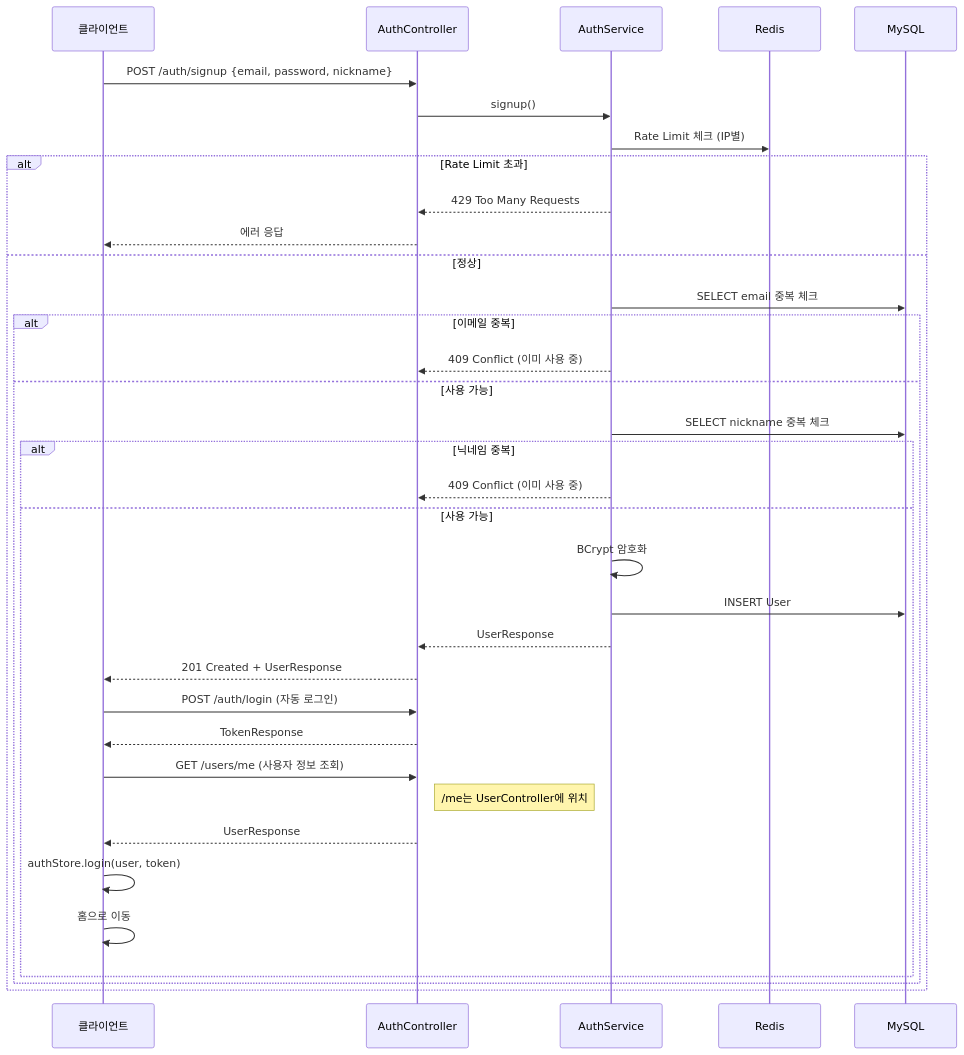
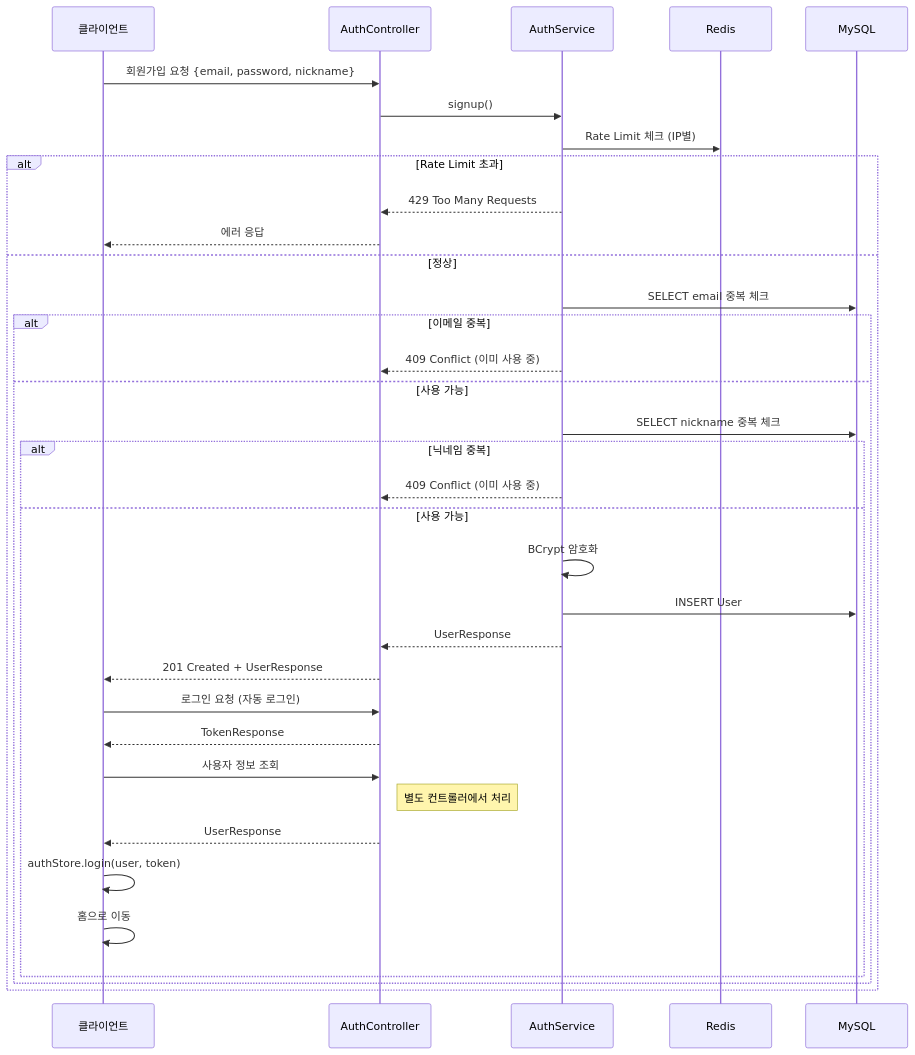
Before and after one commit to cherry-market/cherry-architecture: the first of 5 diagrams in architecture/auth-domain.md, drawn with Mermaid. The commit also changed other lines of this file and 6 other files, not shown here.

````diff
--- a/architecture/auth-domain.md
+++ b/architecture/auth-domain.md
@@ -51,38 +51,38 @@
 ```mermaid
 sequenceDiagram
     participant C as 클라이언트
     participant API as AuthController
     participant SVC as AuthService
     participant Redis as Redis
     participant DB as MySQL
 
-    C->>API: POST /auth/signup {email, password, nickname}
+    C->>API: 회원가입 요청 {email, password, nickname}
     API->>SVC: signup()
     SVC->>Redis: Rate Limit 체크 (IP별)
     alt Rate Limit 초과
         SVC-->>API: 429 Too Many Requests
         API-->>C: 에러 응답
     else 정상
         SVC->>DB: SELECT email 중복 체크
         alt 이메일 중복
             SVC-->>API: 409 Conflict (이미 사용 중)
         else 사용 가능
             SVC->>DB: SELECT nickname 중복 체크
             alt 닉네임 중복
                 SVC-->>API: 409 Conflict (이미 사용 중)
             else 사용 가능
                 SVC->>SVC: BCrypt 암호화
                 SVC->>DB: INSERT User
                 SVC-->>API: UserResponse
                 API-->>C: 201 Created + UserResponse
-                C->>API: POST /auth/login (자동 로그인)
+                C->>API: 로그인 요청 (자동 로그인)
                 API-->>C: TokenResponse
-                C->>API: GET /users/me (사용자 정보 조회)
-                Note right of API: /me는 UserController에 위치
+                C->>API: 사용자 정보 조회
+                Note right of API: 별도 컨트롤러에서 처리
                 API-->>C: UserResponse
                 C->>C: authStore.login(user, token)
                 C->>C: 홈으로 이동
             end
         end
     end
 ```
````
